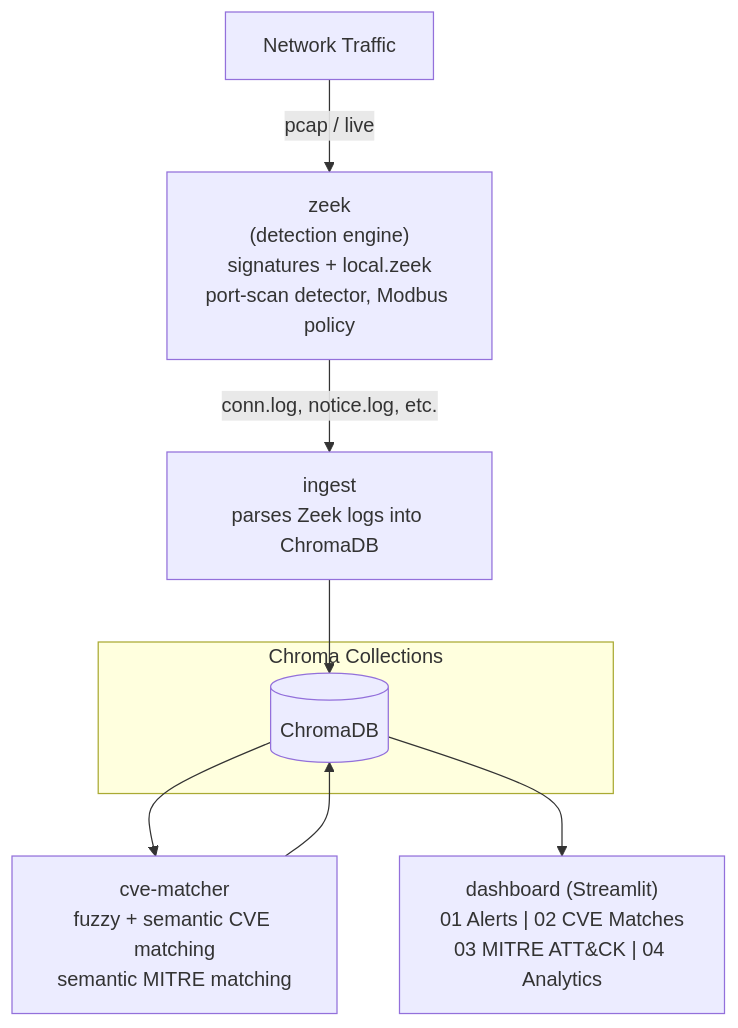
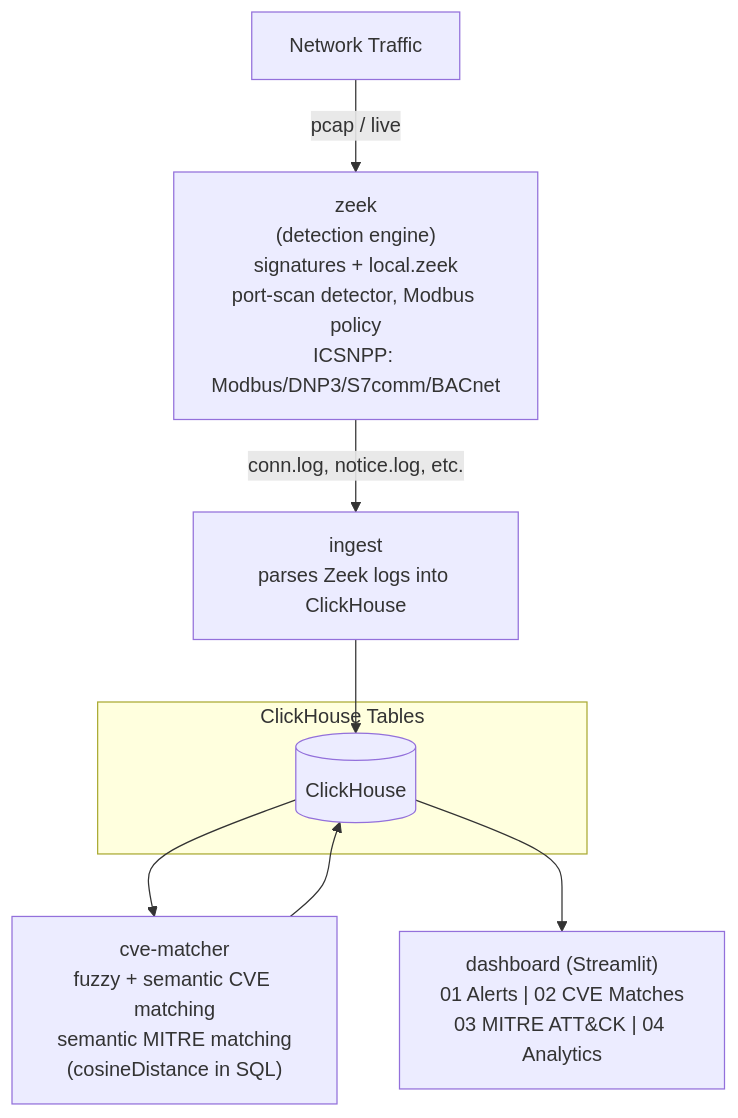
One commit to techmugger/network-ids-zeek-chromadb changed the diagram in README.md. Above: the diagram before and after it, drawn with Mermaid. The commit also changed other lines of this file and 10 other files, not shown here.

Commit message:
Fix OT zone classification: handle dnp3_tcp alias and comma-joined Zeek service labels

````diff
--- a/README.md
+++ b/README.md
@@ -20,13 +23,13 @@
 ```mermaid
 flowchart TD
-    A[Network Traffic] -->|pcap / live| B["zeek<br/>(detection engine)<br/>signatures + local.zeek<br/>port-scan detector, Modbus policy"]
-    B -->|conn.log, notice.log, etc.| C["ingest<br/>parses Zeek logs into ChromaDB"]
-    C --> D[(ChromaDB)]
-    D --> E["cve-matcher<br/>fuzzy + semantic CVE matching<br/>semantic MITRE matching"]
+    A[Network Traffic] -->|pcap / live| B["zeek<br/>(detection engine)<br/>signatures + local.zeek<br/>port-scan detector, Modbus policy<br/>ICSNPP: Modbus/DNP3/S7comm/BACnet"]
+    B -->|conn.log, notice.log, etc.| C["ingest<br/>parses Zeek logs into ClickHouse"]
+    C --> D[(ClickHouse)]
+    D --> E["cve-matcher<br/>fuzzy + semantic CVE matching<br/>semantic MITRE matching<br/>(cosineDistance in SQL)"]
     E --> D
     D --> F["dashboard (Streamlit)<br/>01 Alerts | 02 CVE Matches<br/>03 MITRE ATT&CK | 04 Analytics"]
 
-    subgraph Chroma Collections
+    subgraph ClickHouse Tables
         D
     end
 ```
````
